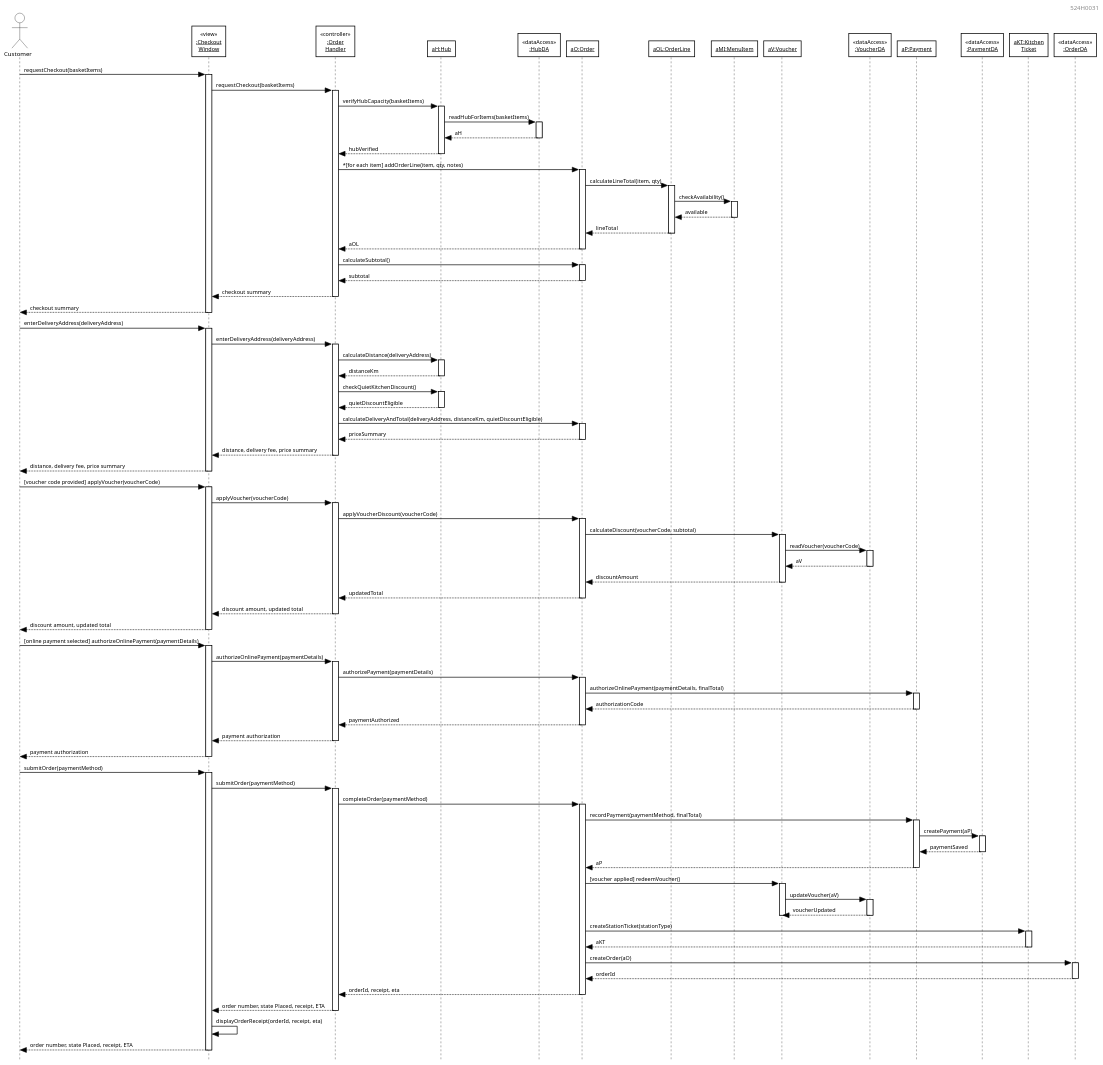
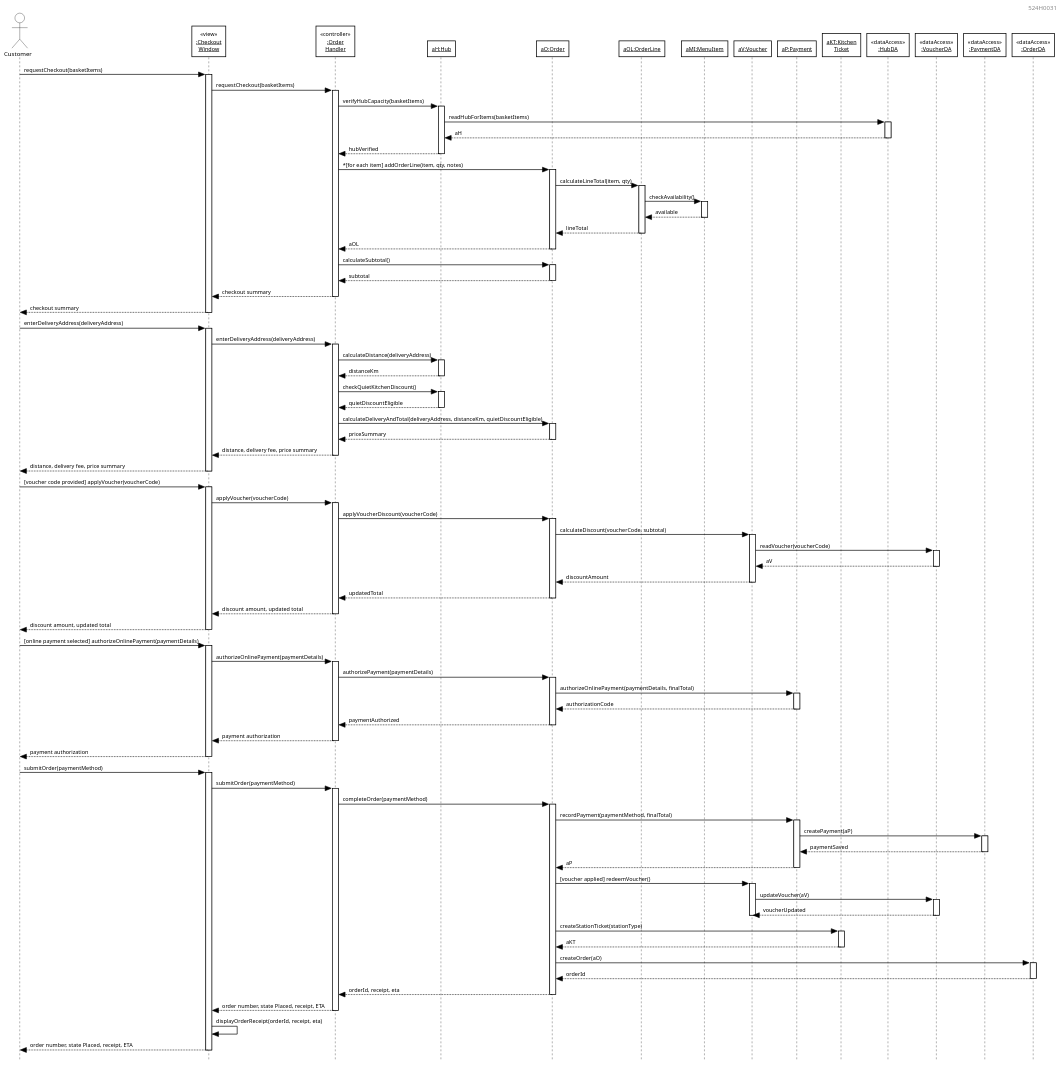
The diagram in Part_3/models/UC3_Modified_Sequence_Diagram.puml (DoQuocTrung06/SaigonBite-RAD-TeamF10), drawn with PlantUML before and after one commit. The commit also changed other lines of this file and 19 other files, not shown here.

Commit message:
feat(part3): finalize Satzinger-compliant diagrams, separate UC3/UC14 UI wireframes, and sync report/slides (524H0031)

```diff
--- a/Part_3/models/UC3_Modified_Sequence_Diagram.puml
+++ b/Part_3/models/UC3_Modified_Sequence_Diagram.puml
@@ -1,177 +1,177 @@
 @startuml
 skinparam style strictuml
 skinparam monochrome true
 skinparam shadowing false
 skinparam backgroundColor #FFFFFF
 skinparam defaultFontName Arial
 skinparam defaultFontSize 10
 skinparam roundcorner 0
 skinparam dpi 145
 hide footbox
 
 skinparam SequenceLifeLineBorderColor #000000
 skinparam SequenceLifeLineBackgroundColor #FFFFFF
 skinparam SequenceBoxBorderColor #000000
 skinparam SequenceBoxBackgroundColor #FFFFFF
 skinparam ParticipantBackgroundColor #FFFFFF
 skinparam ParticipantBorderColor #000000
 skinparam ParticipantBorderThickness 1.2
 skinparam ParticipantFontColor #000000
 skinparam ParticipantFontSize 9
 
 skinparam ActorBackgroundColor #FFFFFF
 skinparam ActorBorderColor #000000
 skinparam ActorFontColor #000000
 
 skinparam ArrowColor #000000
 skinparam ArrowThickness 1.1
 skinparam ArrowFontColor #000000
 skinparam ArrowFontSize 9
 
 right header 524H0031
 
 actor "Customer" as Customer
 participant "<<view>>\n__:Checkout__\n__Window__" as View
 participant "<<controller>>\n__:Order__\n__Handler__" as Ctrl
 participant "__aH:Hub__" as Hub
-participant "<<dataAccess>>\n__:HubDA__" as HubDA
 participant "__aO:Order__" as Order
 participant "__aOL:OrderLine__" as OrderLine
 participant "__aMI:MenuItem__" as MenuItem
 participant "__aV:Voucher__" as Voucher
+participant "__aP:Payment__" as Payment
+participant "__aKT:Kitchen__\n__Ticket__" as Ticket
+participant "<<dataAccess>>\n__:HubDA__" as HubDA
 participant "<<dataAccess>>\n__:VoucherDA__" as VoucherDA
-participant "__aP:Payment__" as Payment
 participant "<<dataAccess>>\n__:PaymentDA__" as PaymentDA
-participant "__aKT:Kitchen__\n__Ticket__" as Ticket
 participant "<<dataAccess>>\n__:OrderDA__" as OrderDA
 
 Customer -> View: requestCheckout(basketItems)
 activate View
 View -> Ctrl: requestCheckout(basketItems)
 activate Ctrl
 Ctrl -> Hub: verifyHubCapacity(basketItems)
 activate Hub
 Hub -> HubDA: readHubForItems(basketItems)
 activate HubDA
 HubDA --> Hub: aH
 deactivate HubDA
 Hub --> Ctrl: hubVerified
 deactivate Hub
 Ctrl -> Order: ~*[for each item] addOrderLine(item, qty, notes)
 activate Order
 Order -> OrderLine: calculateLineTotal(item, qty)
 activate OrderLine
 OrderLine -> MenuItem: checkAvailability()
 activate MenuItem
 MenuItem --> OrderLine: available
 deactivate MenuItem
 OrderLine --> Order: lineTotal
 deactivate OrderLine
 Order --> Ctrl: aOL
 deactivate Order
 Ctrl -> Order: calculateSubtotal()
 activate Order
 Order --> Ctrl: subtotal
 deactivate Order
 Ctrl --> View: checkout summary
 deactivate Ctrl
 View --> Customer: checkout summary
 deactivate View
 
 Customer -> View: enterDeliveryAddress(deliveryAddress)
 activate View
 View -> Ctrl: enterDeliveryAddress(deliveryAddress)
 activate Ctrl
 Ctrl -> Hub: calculateDistance(deliveryAddress)
 activate Hub
 Hub --> Ctrl: distanceKm
 deactivate Hub
 Ctrl -> Hub: checkQuietKitchenDiscount()
 activate Hub
 Hub --> Ctrl: quietDiscountEligible
 deactivate Hub
 Ctrl -> Order: calculateDeliveryAndTotal(deliveryAddress, distanceKm, quietDiscountEligible)
 activate Order
 Order --> Ctrl: priceSummary
 deactivate Order
 Ctrl --> View: distance, delivery fee, price summary
 deactivate Ctrl
 View --> Customer: distance, delivery fee, price summary
 deactivate View
 
 Customer -> View: [voucher code provided] applyVoucher(voucherCode)
 activate View
 View -> Ctrl: applyVoucher(voucherCode)
 activate Ctrl
 Ctrl -> Order: applyVoucherDiscount(voucherCode)
 activate Order
 Order -> Voucher: calculateDiscount(voucherCode, subtotal)
 activate Voucher
 Voucher -> VoucherDA: readVoucher(voucherCode)
 activate VoucherDA
 VoucherDA --> Voucher: aV
 deactivate VoucherDA
 Voucher --> Order: discountAmount
 deactivate Voucher
 Order --> Ctrl: updatedTotal
 deactivate Order
 Ctrl --> View: discount amount, updated total
 deactivate Ctrl
 View --> Customer: discount amount, updated total
 deactivate View
 
 Customer -> View: [online payment selected] authorizeOnlinePayment(paymentDetails)
 activate View
 View -> Ctrl: authorizeOnlinePayment(paymentDetails)
 activate Ctrl
 Ctrl -> Order: authorizePayment(paymentDetails)
 activate Order
 Order -> Payment: authorizeOnlinePayment(paymentDetails, finalTotal)
 activate Payment
 Payment --> Order: authorizationCode
 deactivate Payment
 Order --> Ctrl: paymentAuthorized
 deactivate Order
 Ctrl --> View: payment authorization
 deactivate Ctrl
 View --> Customer: payment authorization
 deactivate View
 
 Customer -> View: submitOrder(paymentMethod)
 activate View
 View -> Ctrl: submitOrder(paymentMethod)
 activate Ctrl
 Ctrl -> Order: completeOrder(paymentMethod)
 activate Order
 Order -> Payment: recordPayment(paymentMethod, finalTotal)
 activate Payment
 Payment -> PaymentDA: createPayment(aP)
 activate PaymentDA
 PaymentDA --> Payment: paymentSaved
 deactivate PaymentDA
 Payment --> Order: aP
 deactivate Payment
 Order -> Voucher: [voucher applied] redeemVoucher()
 activate Voucher
 Voucher -> VoucherDA: updateVoucher(aV)
 activate VoucherDA
 VoucherDA --> Voucher: voucherUpdated
 deactivate VoucherDA
 deactivate Voucher
 Order -> Ticket: createStationTicket(stationType)
 activate Ticket
 Ticket --> Order: aKT
 deactivate Ticket
 Order -> OrderDA: createOrder(aO)
 activate OrderDA
 OrderDA --> Order: orderId
 deactivate OrderDA
 Order --> Ctrl: orderId, receipt, eta
 deactivate Order
 Ctrl --> View: order number, state Placed, receipt, ETA
 deactivate Ctrl
 View -> View: displayOrderReceipt(orderId, receipt, eta)
 View --> Customer: order number, state Placed, receipt, ETA
 deactivate View
 
 @enduml
```
